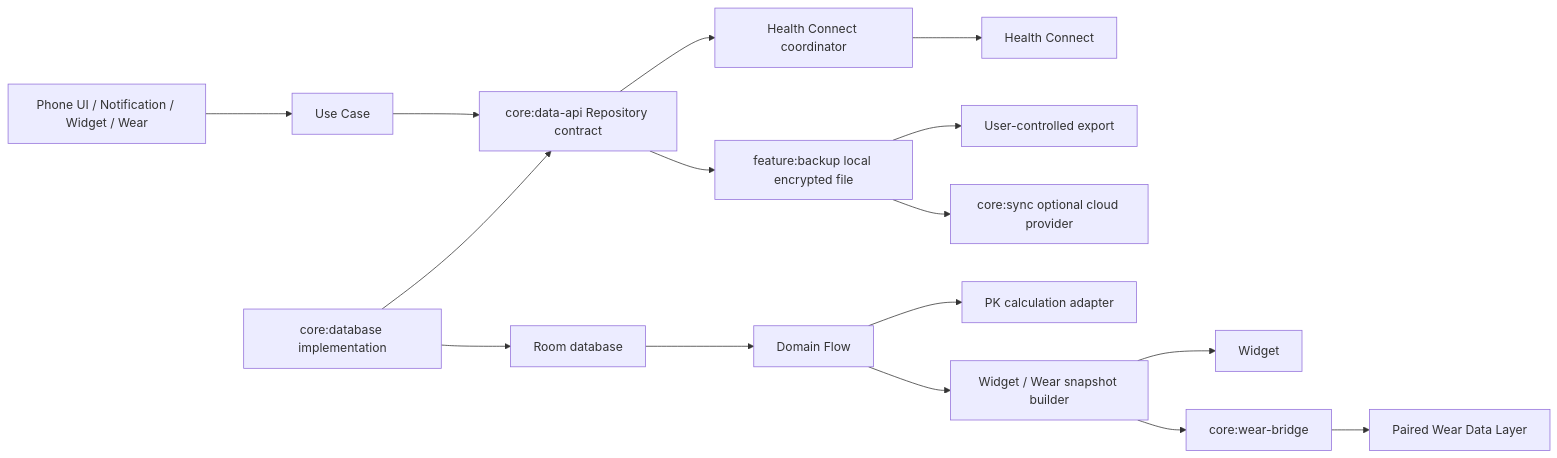
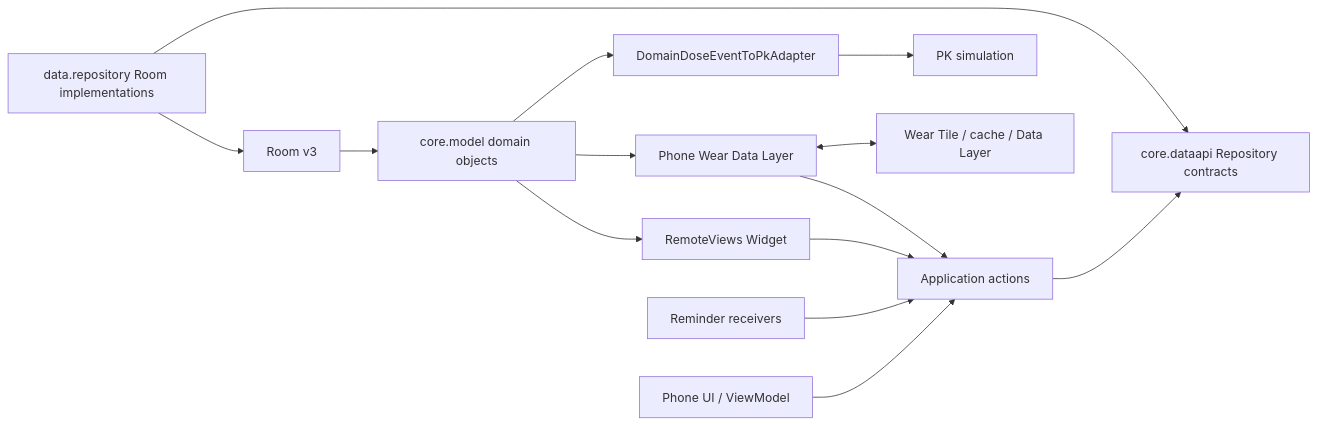
One commit to YingQiu0871/Evolune changed the first of 2 diagrams in docs/evolune/ARCHITECTURE.md. Above: the diagram before and after it, drawn with Mermaid. The commit also changed other lines of this file and 8 other files, not shown here.

````diff
--- a/docs/evolune/ARCHITECTURE.md
+++ b/docs/evolune/ARCHITECTURE.md
@@ -92,18 +11,16 @@
 ```mermaid
 flowchart LR
-    ui["Phone UI / Notification / Widget / Wear"] --> usecase["Use Case"]
-    usecase --> repo["core:data-api Repository contract"]
-    database["core:database implementation"] --> repo
-    database --> room["Room database"]
-    room --> flow["Domain Flow"]
-    flow --> pk["PK calculation adapter"]
-    flow --> snapshot["Widget / Wear snapshot builder"]
-    snapshot --> widgetOut["Widget"]
-    snapshot --> wearBridge["core:wear-bridge"]
-    wearBridge --> wearOut["Paired Wear Data Layer"]
-    repo --> healthSync["Health Connect coordinator"]
-    healthSync --> hc["Health Connect"]
-    repo --> backup["feature:backup local encrypted file"]
-    backup --> userFile["User-controlled export"]
-    backup --> cloudSync["core:sync optional cloud provider"]
+    PhoneUI["Phone UI / ViewModel"] --> Actions["Application actions"]
+    Reminder["Reminder receivers"] --> Actions
+    Widget["RemoteViews Widget"] --> Actions
+    WearBridge["Phone Wear Data Layer"] --> Actions
+    Actions --> DataAPI["core.dataapi Repository contracts"]
+    RoomRepo["data.repository Room implementations"] --> DataAPI
+    RoomRepo --> Room["Room v3"]
+    Room --> Domain["core.model domain objects"]
+    Domain --> PkAdapter["DomainDoseEventToPkAdapter"]
+    PkAdapter --> PK["PK simulation"]
+    Domain --> Widget
+    Domain --> WearBridge
+    WearBridge <--> Wear["Wear Tile / cache / Data Layer"]
 ```
````
